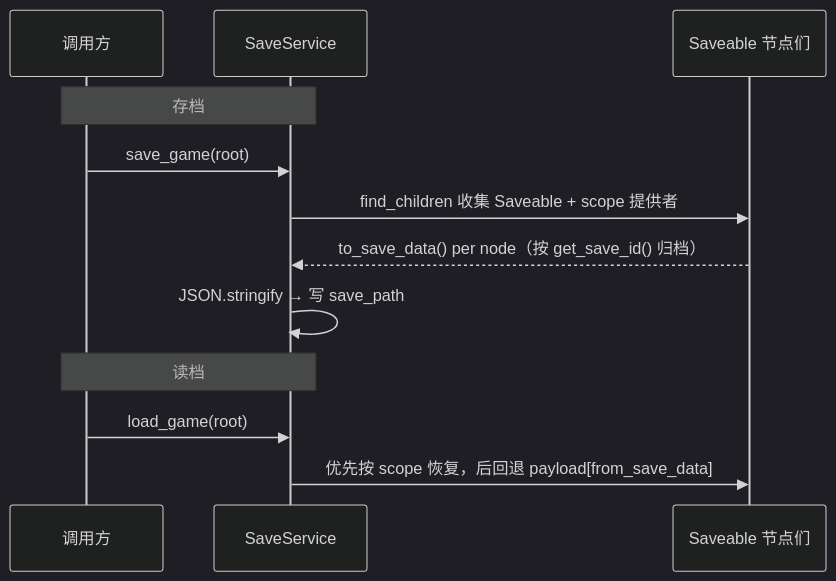
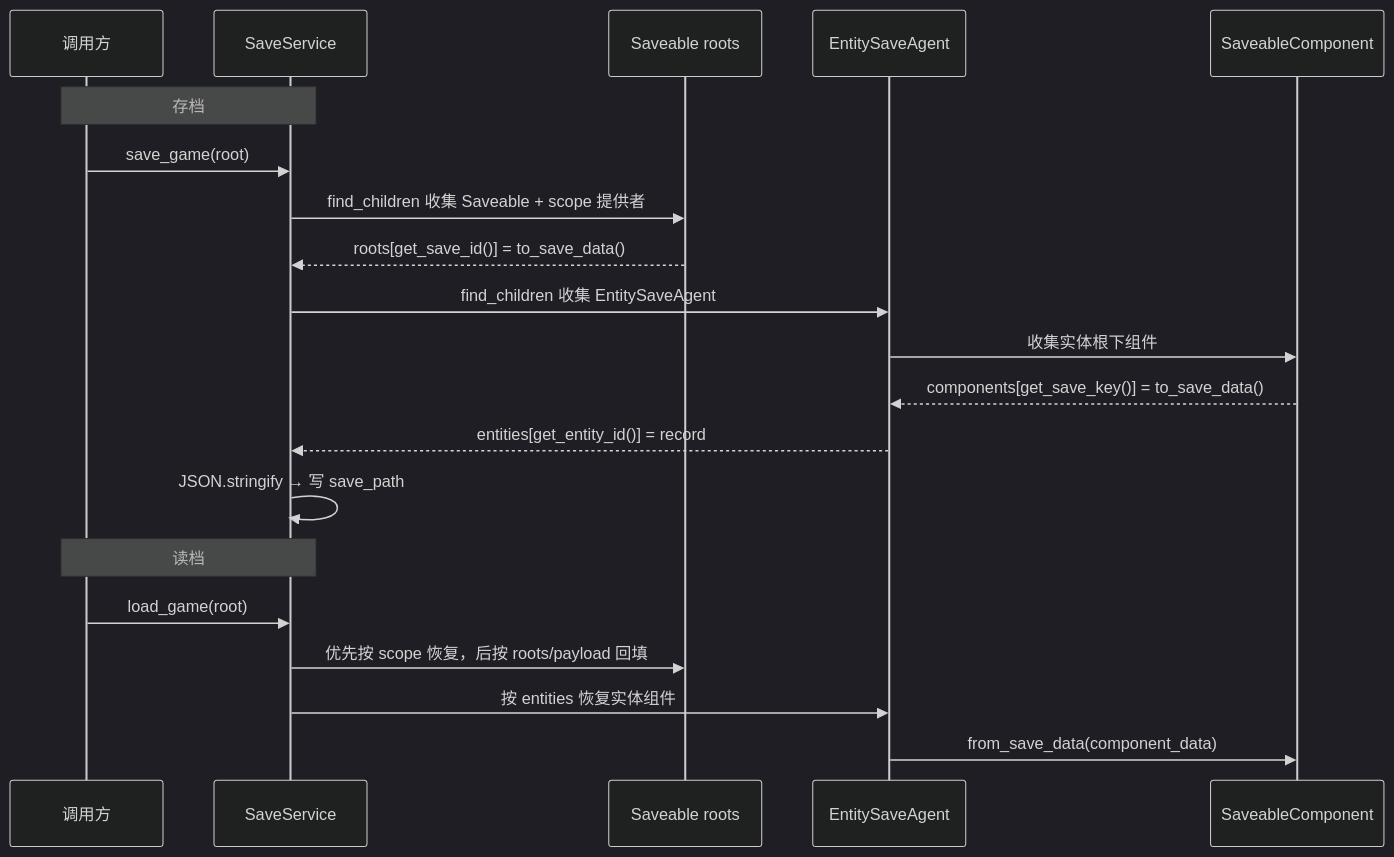
Diagram 13 of 20 in docs/pipeline.md (xiaofeiqiu/mkit), drawn with Mermaid (dark theme) before and after one commit. The commit also changed other lines of this file and 116 other files, not shown here.

````diff
--- a/docs/pipeline.md
+++ b/docs/pipeline.md
@@ -800,16 +803,24 @@
 ```mermaid
 sequenceDiagram
     participant Caller as 调用方
     participant SV as SaveService
-    participant N as Saveable 节点们
+    participant R as Saveable roots
+    participant A as EntitySaveAgent
+    participant C as SaveableComponent
 
     Note over Caller,SV: 存档
     Caller->>SV: save_game(root)
-    SV->>N: find_children 收集 Saveable + scope 提供者
-    N-->>SV: to_save_data() per node（按 get_save_id() 归档）
+    SV->>R: find_children 收集 Saveable + scope 提供者
+    R-->>SV: roots[get_save_id()] = to_save_data()
+    SV->>A: find_children 收集 EntitySaveAgent
+    A->>C: 收集实体根下组件
+    C-->>A: components[get_save_key()] = to_save_data()
+    A-->>SV: entities[get_entity_id()] = record
     SV->>SV: JSON.stringify → 写 save_path
 
     Note over Caller,SV: 读档
     Caller->>SV: load_game(root)
-    SV->>N: 优先按 scope 恢复，后回退 payload[from_save_data]
+    SV->>R: 优先按 scope 恢复，后按 roots/payload 回填
+    SV->>A: 按 entities 恢复实体组件
+    A->>C: from_save_data(component_data)
 ```
````
